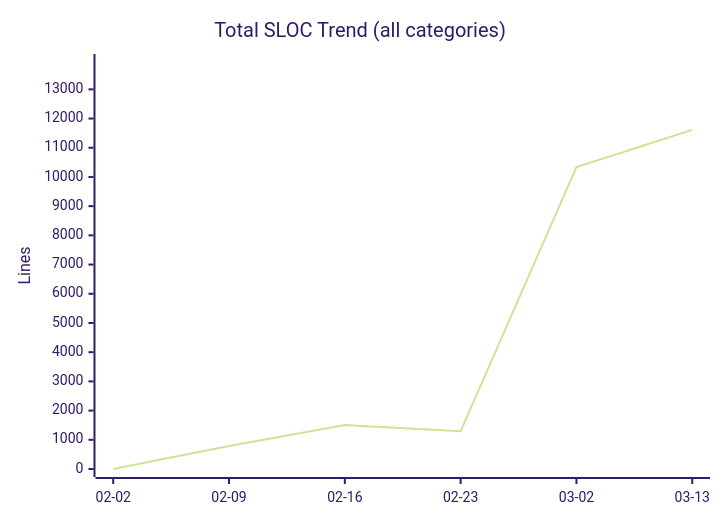
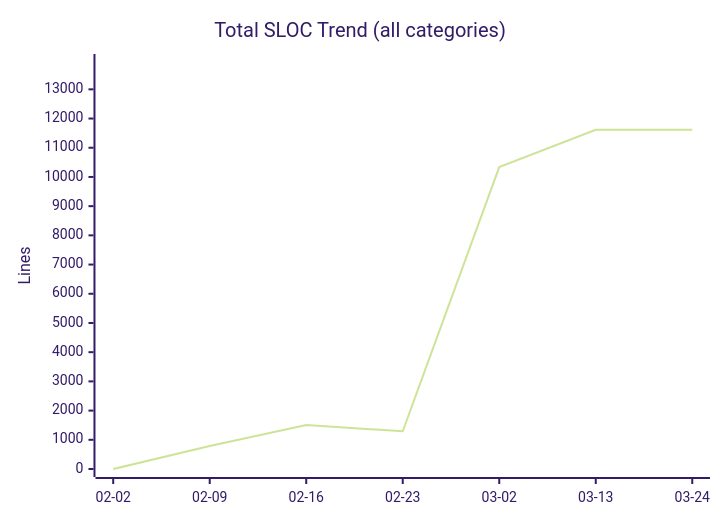
The eighth of 11 diagrams in docs/metrics.md (nablarch/nabledge-dev), drawn with Mermaid (forest theme) before and after one commit. The commit also changed other lines of this file, not shown here.

````diff
--- a/docs/metrics.md
+++ b/docs/metrics.md
@@ -96,7 +96,7 @@
 ```mermaid
 xychart-beta
   title "Total SLOC Trend (all categories)"
-  x-axis ["02-02", "02-09", "02-16", "02-23", "03-02", "03-13"]
+  x-axis ["02-02", "02-09", "02-16", "02-23", "03-02", "03-13", "03-24"]
   y-axis "Lines" 0 --> 13936
-  line [0, 789, 1503, 1293, 10339, 11613]
+  line [0, 789, 1503, 1293, 10339, 11613, 11613]
 ```
````
